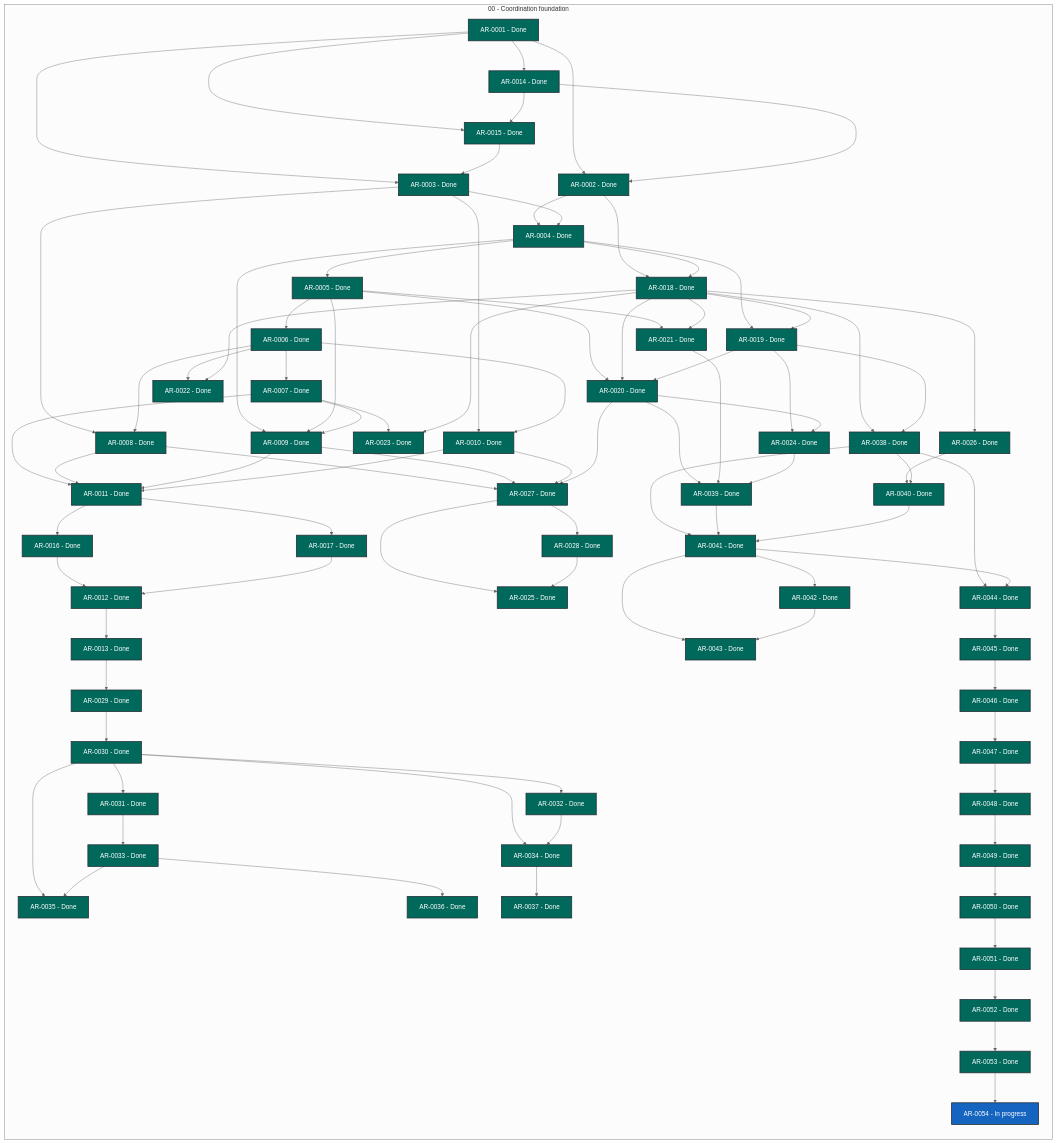
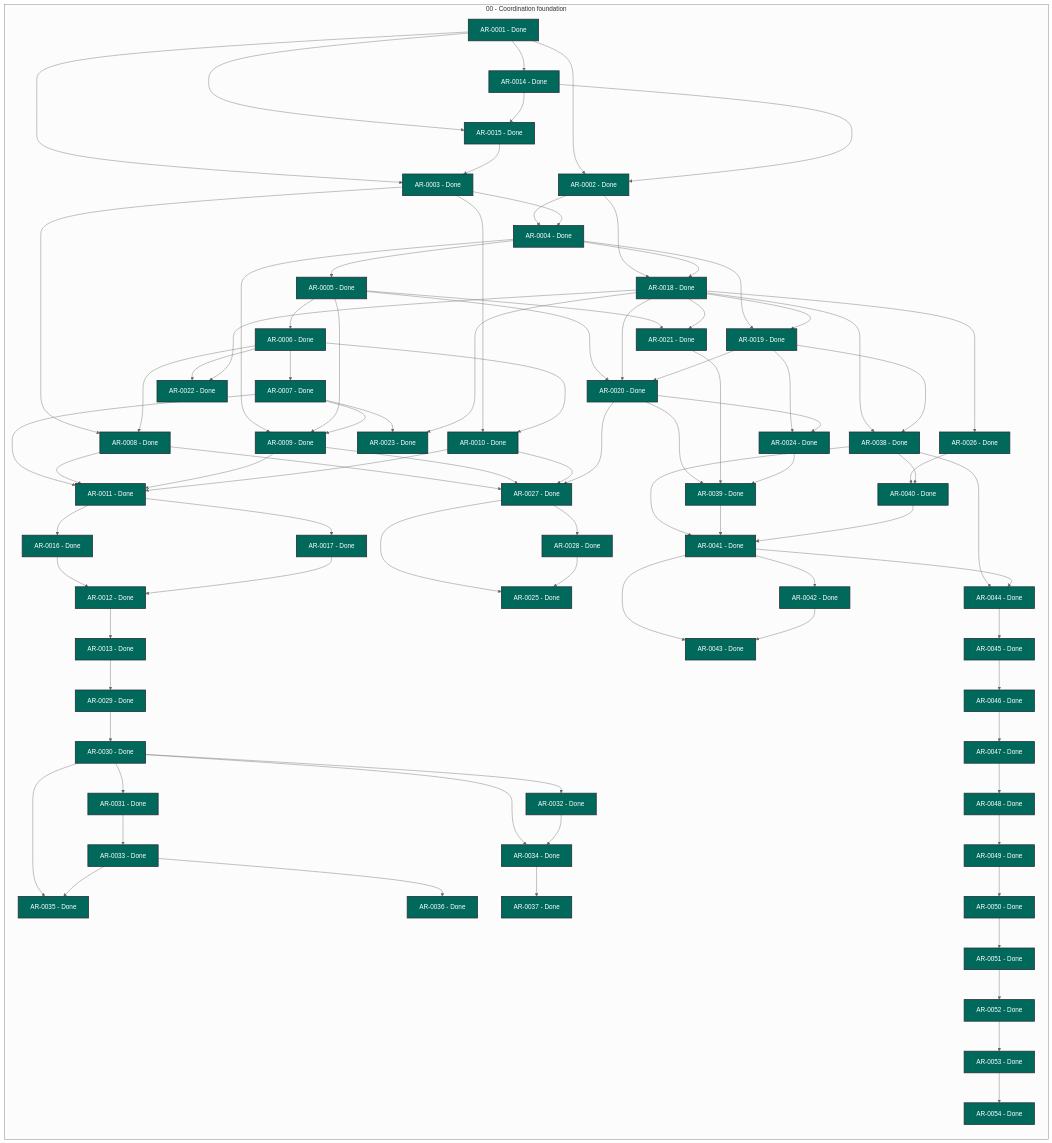
The diagram in STATUS.md (martin-beck/agent-workflow-tui-state), drawn with Mermaid (neutral theme) before and after one commit. The commit also changed other lines of this file and 2 other files, not shown here.

```diff
--- a/STATUS.md
+++ b/STATUS.md
@@ -81,7 +81,7 @@
         AR_0051["AR-0051 - Done"]:::status_done
         AR_0052["AR-0052 - Done"]:::status_done
         AR_0053["AR-0053 - Done"]:::status_done
-        AR_0054["AR-0054 - In progress"]:::status_in_progress
+        AR_0054["AR-0054 - Done"]:::status_done
     end
     AR_0001 --> AR_0002
     AR_0001 --> AR_0003
```
